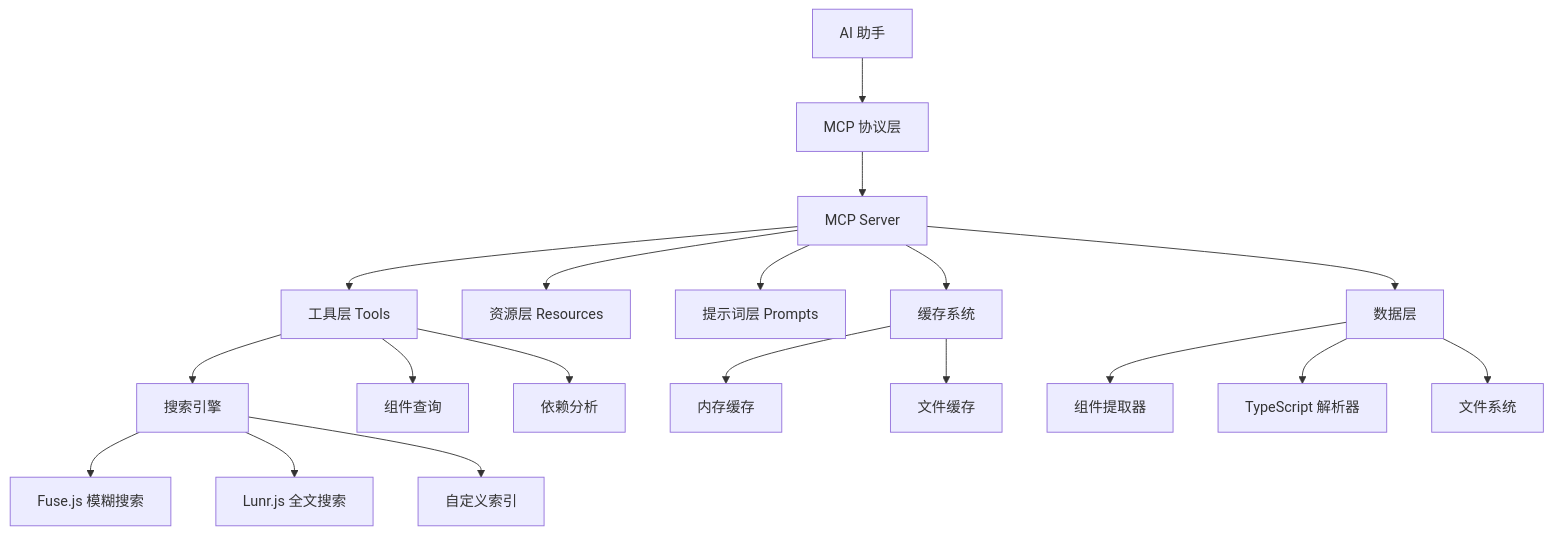
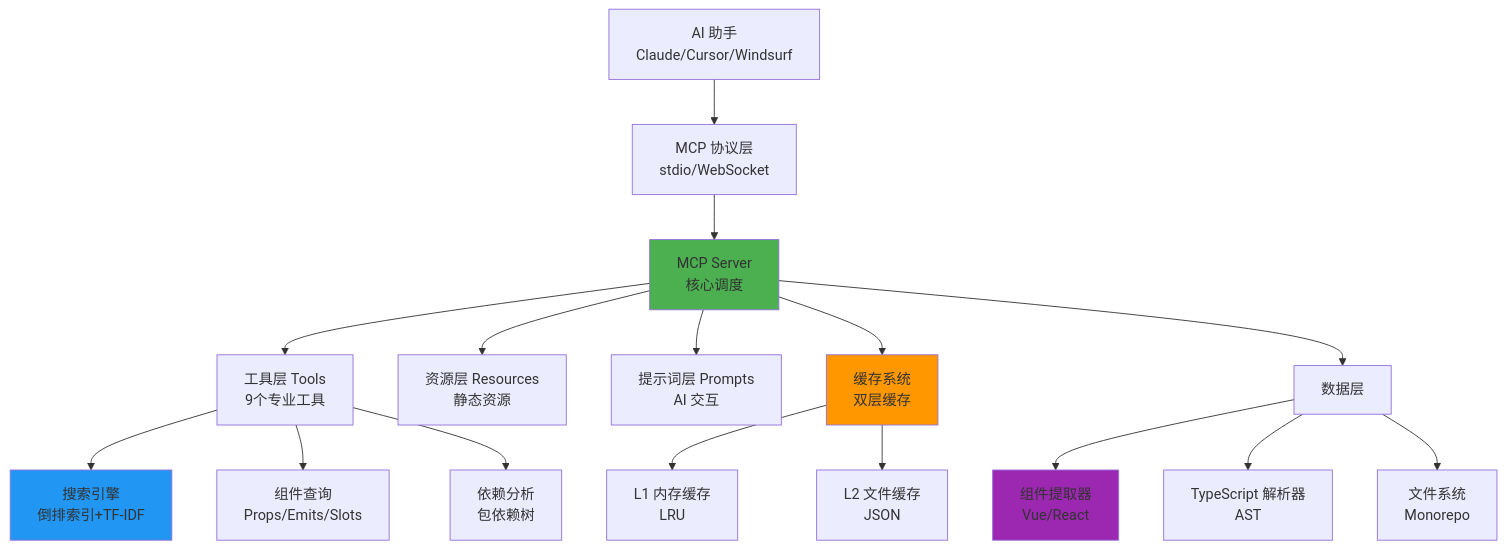
One commit to sunweijieMJ/aix changed the first of 2 diagrams in internal/mcp-server/README.md. Above: the diagram before and after it, drawn with Mermaid. The commit also changed other lines of this file and 3 other files, not shown here.

````diff
--- a/internal/mcp-server/README.md
+++ b/internal/mcp-server/README.md
@@ -174,25 +316,27 @@
 ```mermaid
 graph TB
-    A[AI 助手] --> B[MCP 协议层]
-    B --> C[MCP Server]
-    C --> D[工具层 Tools]
-    C --> E[资源层 Resources]
-    C --> F[提示词层 Prompts]
-    
-    D --> G[搜索引擎]
-    D --> H[组件查询]
-    D --> I[依赖分析]
-    
-    G --> J[Fuse.js 模糊搜索]
-    G --> K[Lunr.js 全文搜索]
-    G --> L[自定义索引]
-    
-    C --> M[缓存系统]
-    M --> N[内存缓存]
-    M --> O[文件缓存]
-    
+    A[AI 助手<br/>Claude/Cursor/Windsurf] --> B[MCP 协议层<br/>stdio/WebSocket]
+    B --> C[MCP Server<br/>核心调度]
+
+    C --> D[工具层 Tools<br/>9个专业工具]
+    C --> E[资源层 Resources<br/>静态资源]
+    C --> F[提示词层 Prompts<br/>AI 交互]
+
+    D --> G[搜索引擎<br/>倒排索引+TF-IDF]
+    D --> H[组件查询<br/>Props/Emits/Slots]
+    D --> I[依赖分析<br/>包依赖树]
+
+    C --> M[缓存系统<br/>双层缓存]
+    M --> N[L1 内存缓存<br/>LRU]
+    M --> O[L2 文件缓存<br/>JSON]
+
     C --> P[数据层]
-    P --> Q[组件提取器]
-    P --> R[TypeScript 解析器]
-    P --> S[文件系统]
+    P --> Q[组件提取器<br/>Vue/React]
+    P --> R[TypeScript 解析器<br/>AST]
+    P --> S[文件系统<br/>Monorepo]
+
+    style C fill:#4CAF50
+    style G fill:#2196F3
+    style M fill:#FF9800
+    style Q fill:#9C27B0
 ```
````
